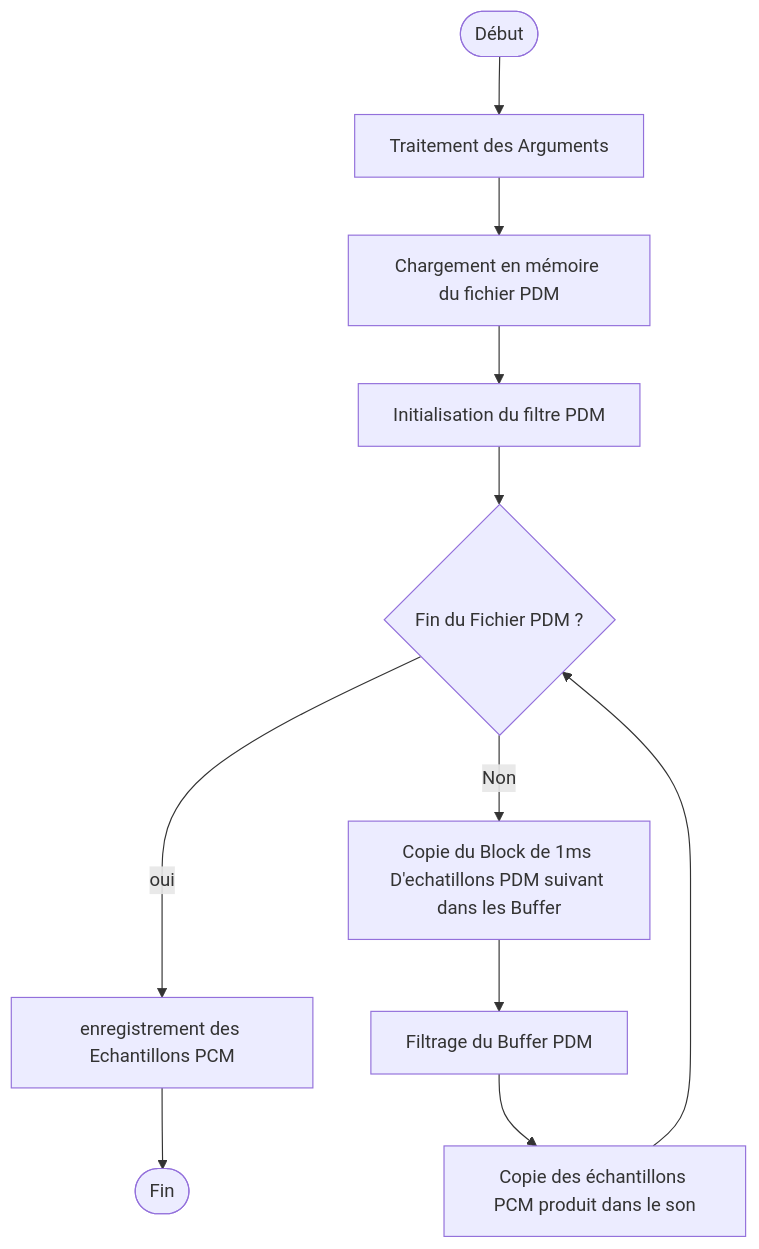
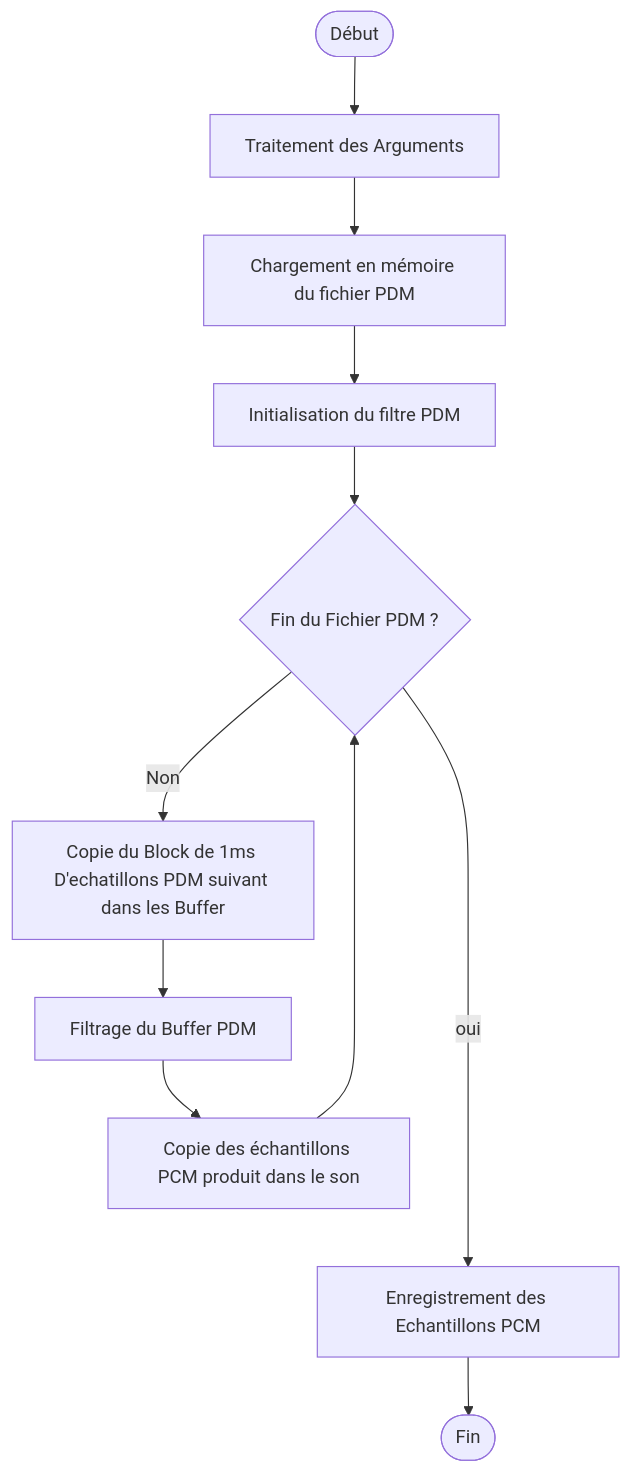
The diagram in 02_Filtering/c_program/readme.md (piwithy/stm32pdm), drawn with Mermaid before and after one commit. The commit also changed 8 other files, not shown here.

````diff
--- a/02_Filtering/c_program/readme.md
+++ b/02_Filtering/c_program/readme.md
@@ -153,13 +153,13 @@
 ```mermaid
 flowchart TD
     A([Début])-->B[Traitement des Arguments];
-    B-->C[Chargement en mémoire du fichier PDM];
-    C--> D[Initialisation du filtre PDM];
+    B --> C[Chargement en mémoire du fichier PDM];
+    C --> D[Initialisation du filtre PDM];
     D --> E{Fin du Fichier PDM ?};
-    E --->|oui| F[enregistrement des Echantillons PCM];
+    E ----->|oui| F[Enregistrement des Echantillons PCM];
     F --> G([Fin]);
-    E -->|Non| H[Copie du Block de 1ms D'echatillons PDM suivant dans les Buffer];
+    E --> |Non| H[Copie du Block de 1ms D'echatillons PDM suivant dans les Buffer];
     H --> I[Filtrage du Buffer PDM];
-    I--> J[Copie des échantillons PCM produit dans le son]
-    J--> E;
+    I --> J[Copie des échantillons PCM produit dans le son]
+    J --> E;
 ```
````
